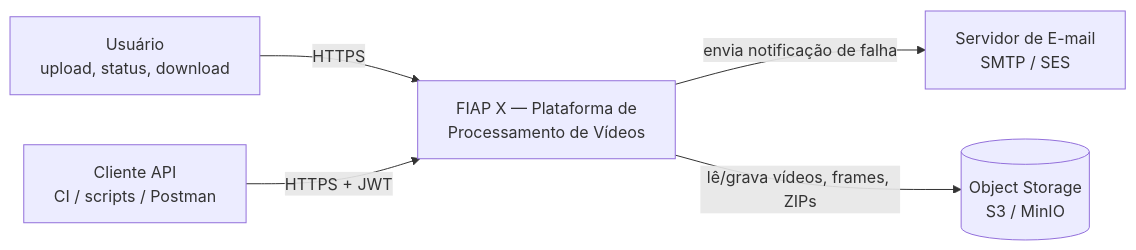
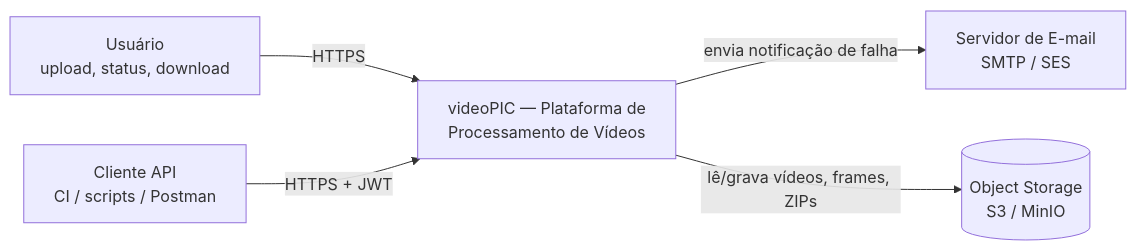
Before and after one commit to cesargomesjr/video-processing-platform: the first of 3 diagrams in docs/02-arquitetura-alvo.md, drawn with Mermaid. The commit also changed 4 other files, not shown here.

````diff
--- a/docs/02-arquitetura-alvo.md
+++ b/docs/02-arquitetura-alvo.md
@@ -16,13 +16,13 @@
 ```mermaid
 flowchart LR
     U[Usuário<br/>upload, status, download]
     A[Cliente API<br/>CI / scripts / Postman]
-    P[FIAP X — Plataforma de<br/>Processamento de Vídeos]
+    P[videoPIC — Plataforma de<br/>Processamento de Vídeos]
     M[Servidor de E-mail<br/>SMTP / SES]
     O[(Object Storage<br/>S3 / MinIO)]
 
     U -->|HTTPS| P
     A -->|HTTPS + JWT| P
     P -->|envia notificação de falha| M
     P -->|lê/grava vídeos, frames, ZIPs| O
 ```
````
